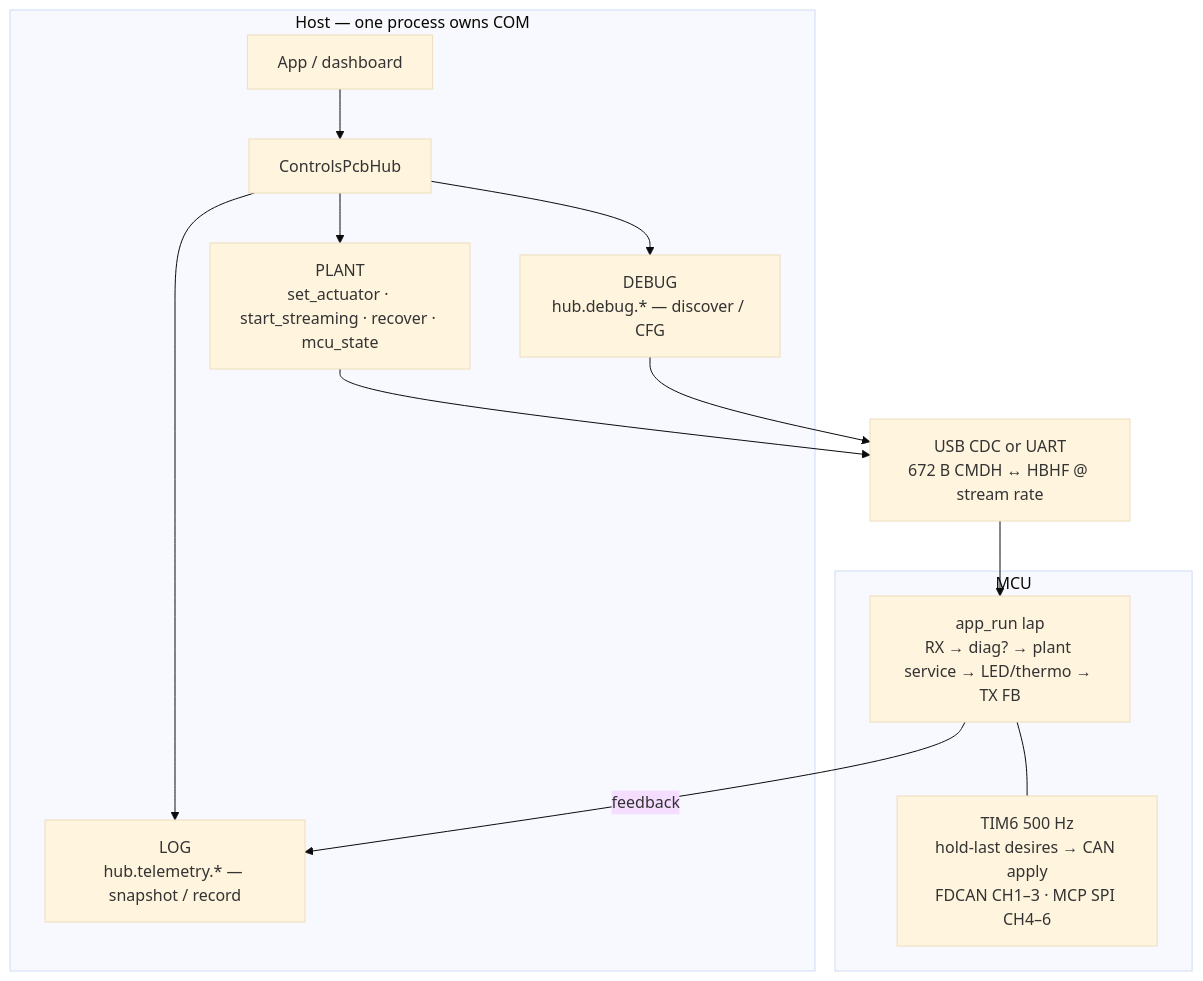
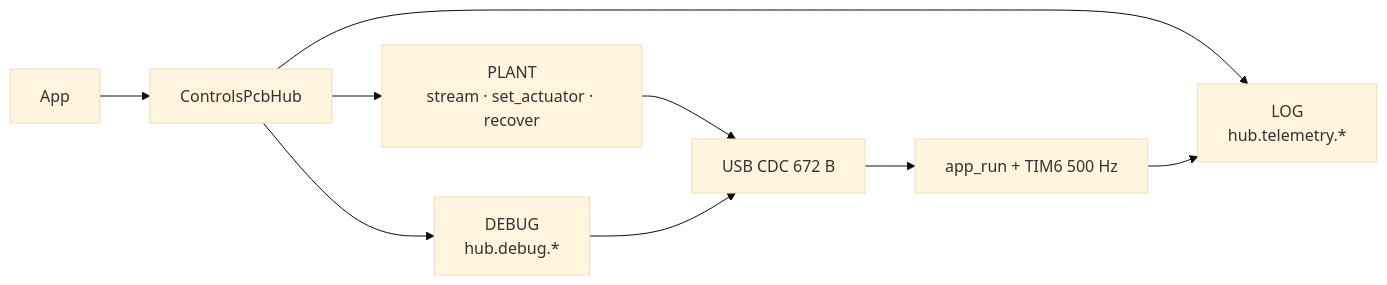
The diagram in docs/api.md (lontans/Deft_Robo_Controls), drawn with Mermaid (base theme) before and after one commit. The commit also changed other lines of this file and 48 other files, not shown here.

````diff
--- a/docs/api.md
+++ b/docs/api.md
@@ -16,27 +47,11 @@
 ```mermaid
-flowchart TB
-  subgraph host["Host — one process owns COM"]
-    App["App / dashboard"]
-    Hub["ControlsPcbHub"]
-    Plant["PLANT<br/>set_actuator · start_streaming · recover · mcu_state"]
-    Debug["DEBUG<br/>hub.debug.* — discover / CFG"]
-    Log["LOG<br/>hub.telemetry.* — snapshot / record"]
-    App --> Hub
-    Hub --> Plant
-    Hub --> Debug
-    Hub --> Log
-  end
-
-  Link["USB CDC or UART<br/>672 B CMDH ↔ HBHF @ stream rate"]
-
-  subgraph mcu["MCU"]
-    Super["app_run lap<br/>RX → diag? → plant service → LED/thermo → TX FB"]
-    Tick["TIM6 500 Hz<br/>hold-last desires → CAN apply<br/>FDCAN CH1–3 · MCP SPI CH4–6"]
-    Super --- Tick
-  end
-
-  Plant --> Link
-  Debug --> Link
-  Link --> Super
-  Super -->|feedback| Log
+flowchart LR
+  App --> Hub["ControlsPcbHub"]
+  Hub --> Plant["PLANT<br/>stream · set_actuator · recover"]
+  Hub --> Debug["DEBUG<br/>hub.debug.*"]
+  Hub --> Log["LOG<br/>hub.telemetry.*"]
+  Plant --> USB["USB CDC 672 B"]
+  Debug --> USB
+  USB --> MCU["app_run + TIM6 500 Hz"]
+  MCU --> Log
 ```
````
